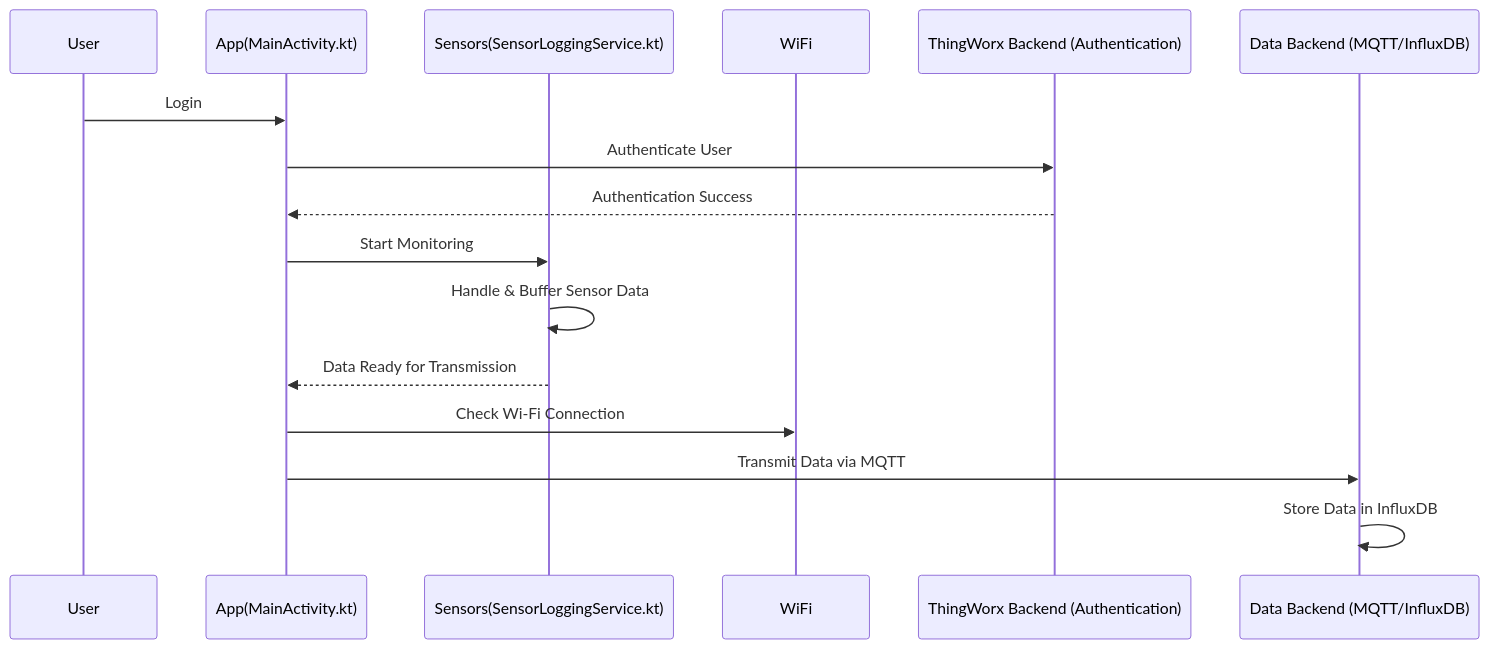
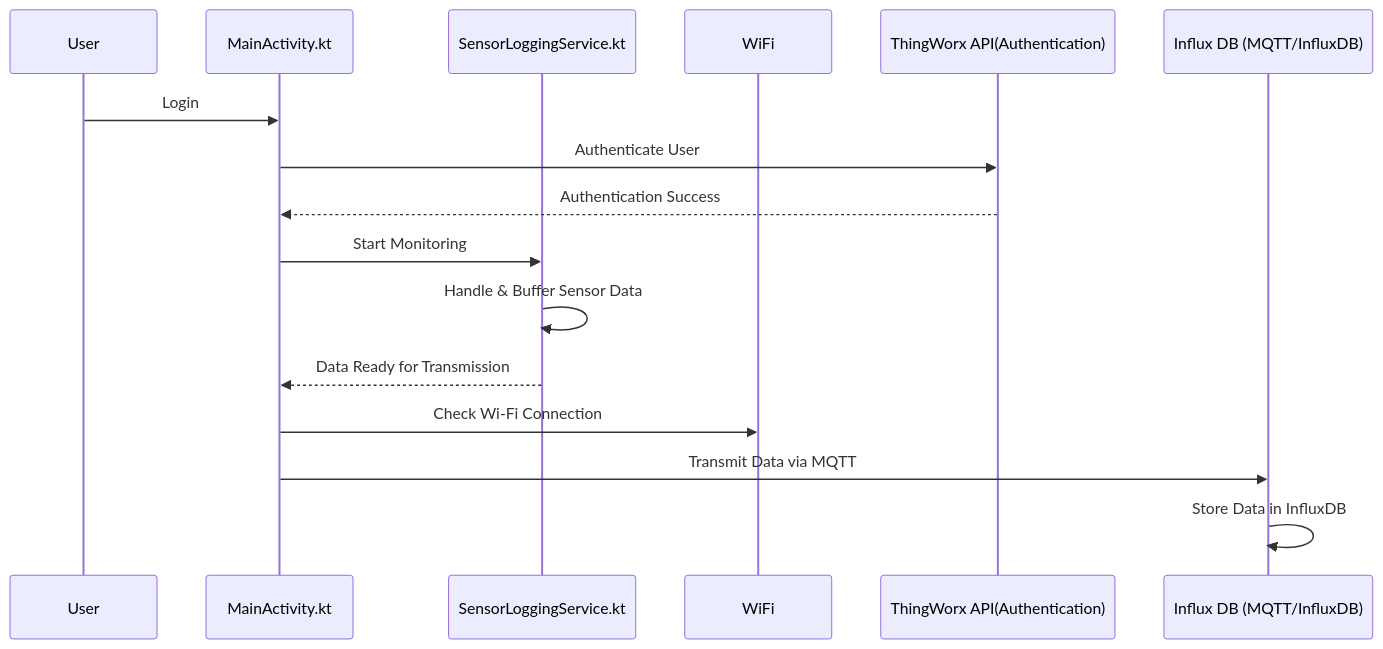
One commit to rcznp/test_doc_2 changed the second of 2 diagrams in README.md. Above: the diagram before and after it, drawn with Mermaid.

````diff
--- a/README.md
+++ b/README.md
@@ -38,19 +38,19 @@
 ```mermaid
 sequenceDiagram
     participant U as User
-    participant A as App(MainActivity.kt)
-    participant S as Sensors(SensorLoggingService.kt)
+    participant A as MainActivity.kt
+    participant S as SensorLoggingService.kt
     participant W as WiFi
-    participant TW as ThingWorx Backend (Authentication)
-    participant DB as Data Backend (MQTT/InfluxDB)
+    participant TW as ThingWorx API(Authentication)
+    participant DB as Influx DB (MQTT/InfluxDB)
 
     U->>A: Login
     A->>TW: Authenticate User
     TW-->>A: Authentication Success
     A->>S: Start Monitoring
     S->>S: Handle & Buffer Sensor Data
     S-->>A: Data Ready for Transmission
     A->>W: Check Wi-Fi Connection
     A->>DB: Transmit Data via MQTT
     DB->>DB: Store Data in InfluxDB
 ```
````
